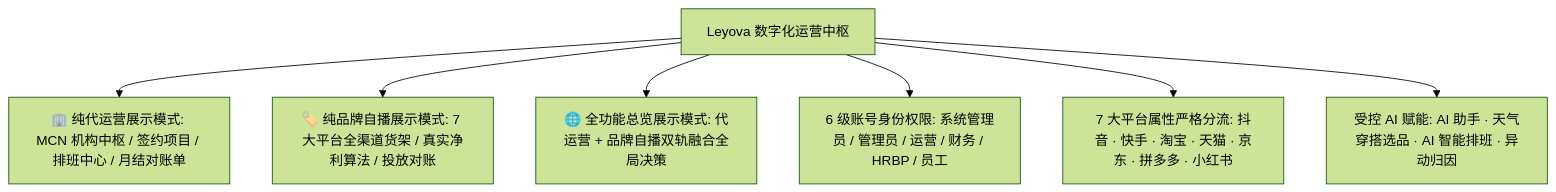
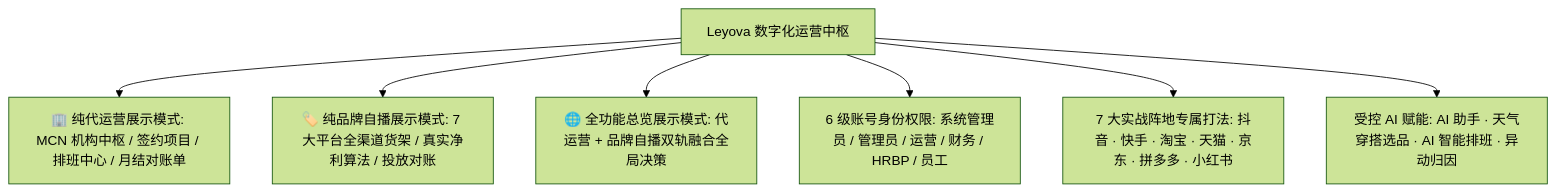
Before and after one commit to BlazarLIU/leyova: the first of 3 diagrams in README.md, drawn with Mermaid (forest theme). The commit also changed other lines of this file, not shown here.

````diff
--- a/README.md
+++ b/README.md
@@ -30,10 +30,10 @@
 ```mermaid
 graph TD
   A[Leyova 数字化运营中枢] --> M1[🏢 纯代运营展示模式: MCN 机构中枢 / 签约项目 / 排班中心 / 月结对账单]
   A --> M2[🏷️ 纯品牌自播展示模式: 7 大平台全渠道货架 / 真实净利算法 / 投放对账]
   A --> M3[🌐 全功能总览展示模式: 代运营 + 品牌自播双轨融合全局决策]
 
   A --> RBAC[6 级账号身份权限: 系统管理员 / 管理员 / 运营 / 财务 / HRBP / 员工]
-  A --> PF[7 大平台属性严格分流: 抖音 · 快手 · 淘宝 · 天猫 · 京东 · 拼多多 · 小红书]
+  A --> PF[7 大实战阵地专属打法: 抖音 · 快手 · 淘宝 · 天猫 · 京东 · 拼多多 · 小红书]
   A --> AI[受控 AI 赋能: AI 助手 · 天气穿搭选品 · AI 智能排班 · 异动归因]
 ```
````
